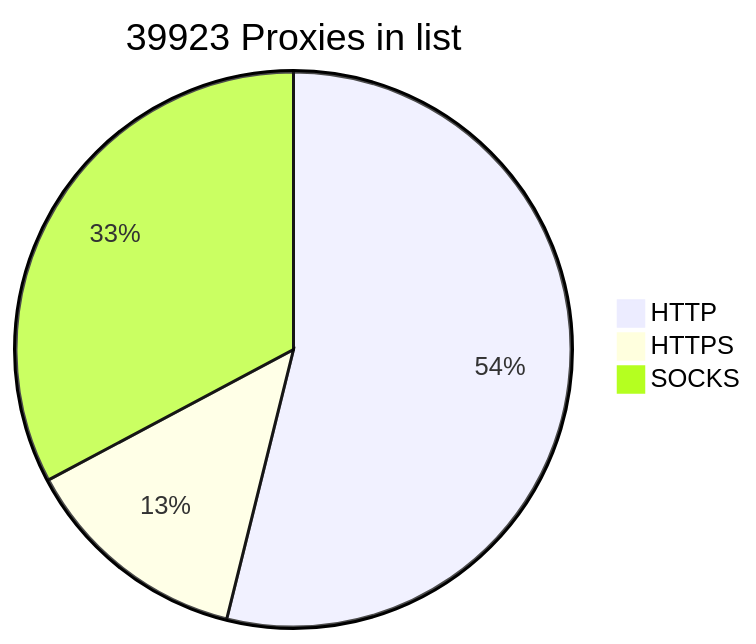
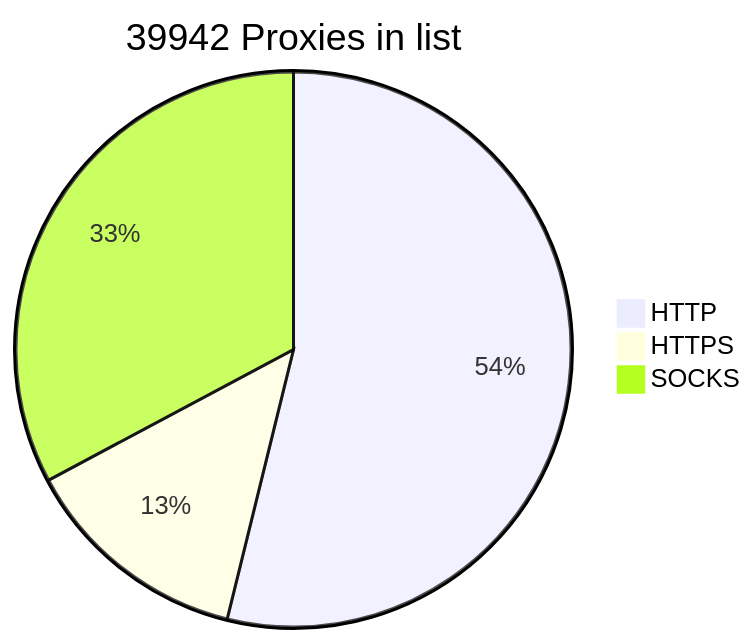
The diagram in README.md (BlackSnowDot/proxylist-update-every-minute), drawn with Mermaid before and after one commit.

````diff
--- a/README.md
+++ b/README.md
@@ -2,6 +2,6 @@
 ```mermaid
-pie title 39923 Proxies in list
-    "HTTP" : 23953
-    "HTTPS": 5934
-    "SOCKS" : 14580
+pie title 39942 Proxies in list
+    "HTTP" : 23952
+    "HTTPS": 5944
+    "SOCKS" : 14592
 ```
````
